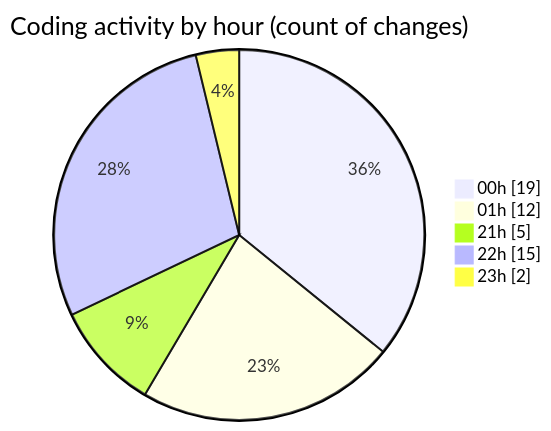
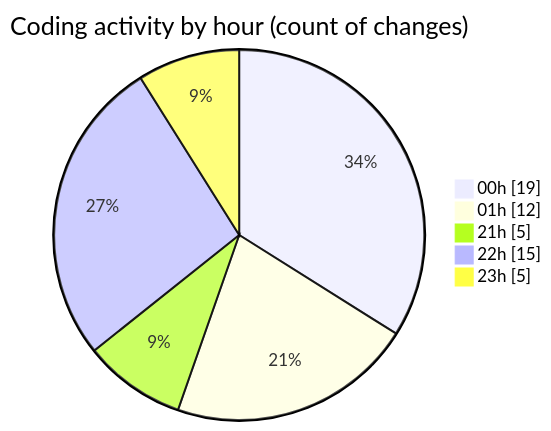
The second of 2 diagrams in 2025-12-11/technologie_web/README.md (hasnaa123/code-tracking), drawn with Mermaid before and after one commit. The commit also changed other lines of this file and 1 other file, not shown here.

````diff
--- a/2025-12-11/technologie_web/README.md
+++ b/2025-12-11/technologie_web/README.md
@@ -33,9 +33,9 @@
 ```mermaid
 pie showData
 title Coding activity by hour (count of changes)
 "00h" : 19
 "01h" : 12
 "21h" : 5
 "22h" : 15
-"23h" : 2
+"23h" : 5
 ```
````
